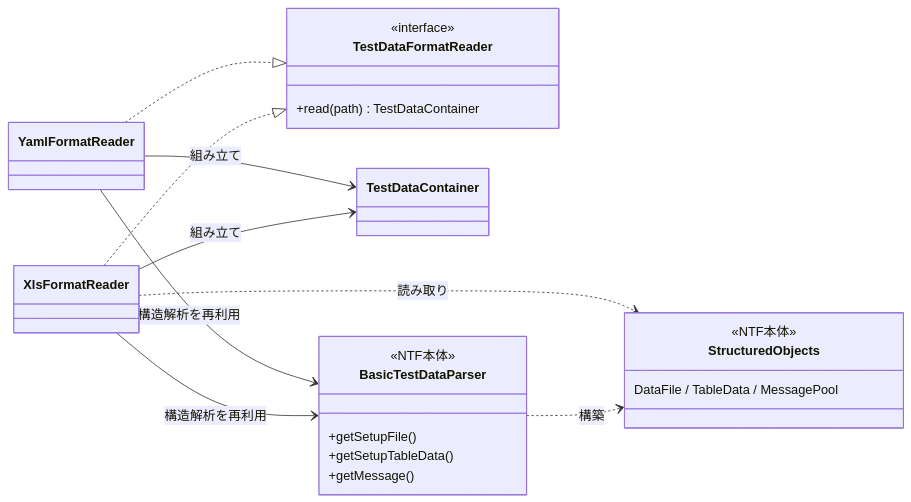
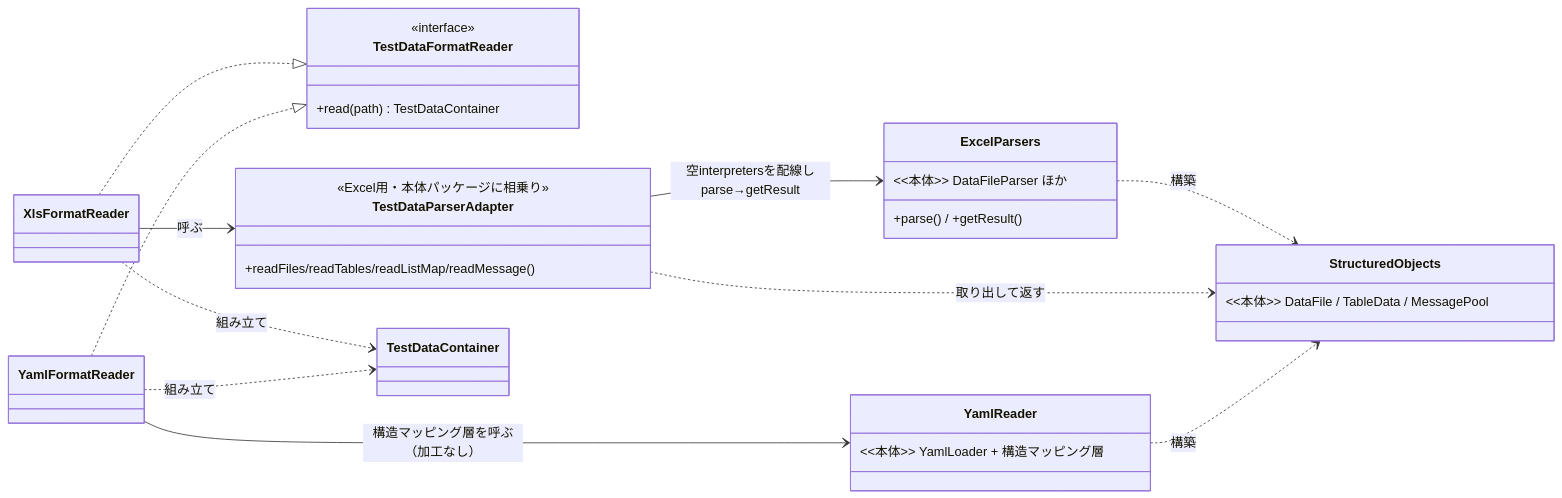
One commit to nablarch/nablarch-testing changed the third of 5 diagrams in docs/pr75/docs/testdata-converter-design.md. Above: the diagram before and after it, drawn with Mermaid. The commit also changed other lines of this file and 43 other files, not shown here.

````diff
--- a/docs/pr75/docs/testdata-converter-design.md
+++ b/docs/pr75/docs/testdata-converter-design.md
@@ -238,29 +175,34 @@
 ```mermaid
 classDiagram
 direction LR
 class TestDataFormatReader {
   <<interface>>
   +read(path) TestDataContainer
 }
 class XlsFormatReader
 class YamlFormatReader
-class TestDataContainer
-class BasicTestDataParser {
-  <<NTF本体>>
-  +getSetupFile()
-  +getSetupTableData()
-  +getMessage()
+class TestDataParserAdapter {
+  <<Excel用・本体パッケージに相乗り>>
+  +readFiles/readTables/readListMap/readMessage()
+}
+class ExcelParsers {
+  <<本体>> DataFileParser ほか
+  +parse() / +getResult()
+}
+class YamlReader {
+  <<本体>> YamlLoader + 構造マッピング層
 }
 class StructuredObjects {
-  <<NTF本体>>
-  DataFile / TableData / MessagePool
+  <<本体>> DataFile / TableData / MessagePool
 }
 XlsFormatReader ..|> TestDataFormatReader
 YamlFormatReader ..|> TestDataFormatReader
-XlsFormatReader --> BasicTestDataParser : 構造解析を再利用
-YamlFormatReader --> BasicTestDataParser : 構造解析を再利用
-BasicTestDataParser ..> StructuredObjects : 構築
-XlsFormatReader ..> StructuredObjects : 読み取り
-XlsFormatReader --> TestDataContainer : 組み立て
-YamlFormatReader --> TestDataContainer : 組み立て
+XlsFormatReader --> TestDataParserAdapter : 呼ぶ
+TestDataParserAdapter --> ExcelParsers : 空interpretersを配線しparse→getResult
+ExcelParsers ..> StructuredObjects : 構築
+TestDataParserAdapter ..> StructuredObjects : 取り出して返す
+YamlFormatReader --> YamlReader : 構造マッピング層を呼ぶ（加工なし）
+YamlReader ..> StructuredObjects : 構築
+XlsFormatReader ..> TestDataContainer : 組み立て
+YamlFormatReader ..> TestDataContainer : 組み立て
 ```
````
